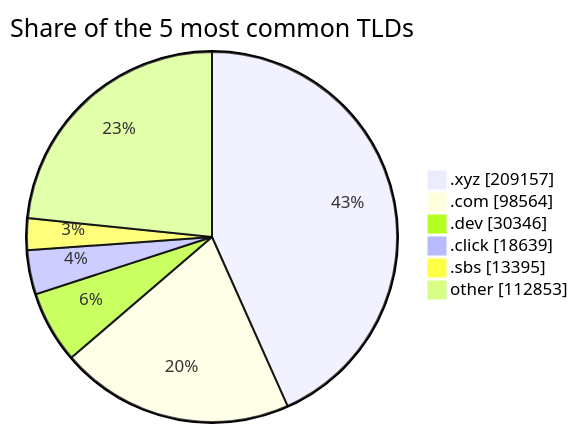
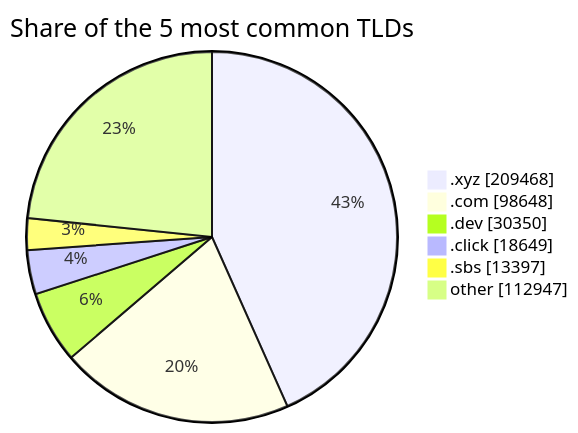
One commit to DNSBunker/CTI changed the third of 3 diagrams in README.md. Above: the diagram before and after it, drawn with Mermaid. The commit also changed other lines of this file and 3 other files, not shown here.

````diff
--- a/README.md
+++ b/README.md
@@ -81,9 +81,9 @@
 ```mermaid
 pie showData title Share of the 5 most common TLDs
-    ".xyz" : 209157
-    ".com" : 98564
-    ".dev" : 30346
-    ".click" : 18639
-    ".sbs" : 13395
-    "other" : 112853
+    ".xyz" : 209468
+    ".com" : 98648
+    ".dev" : 30350
+    ".click" : 18649
+    ".sbs" : 13397
+    "other" : 112947
 ```
````
